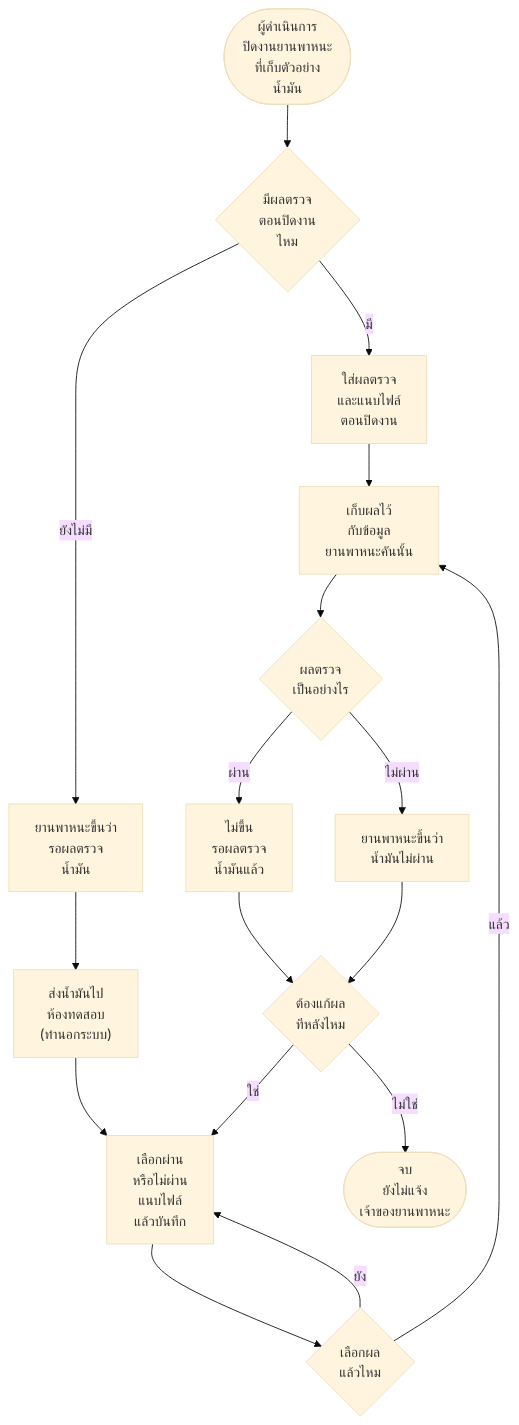
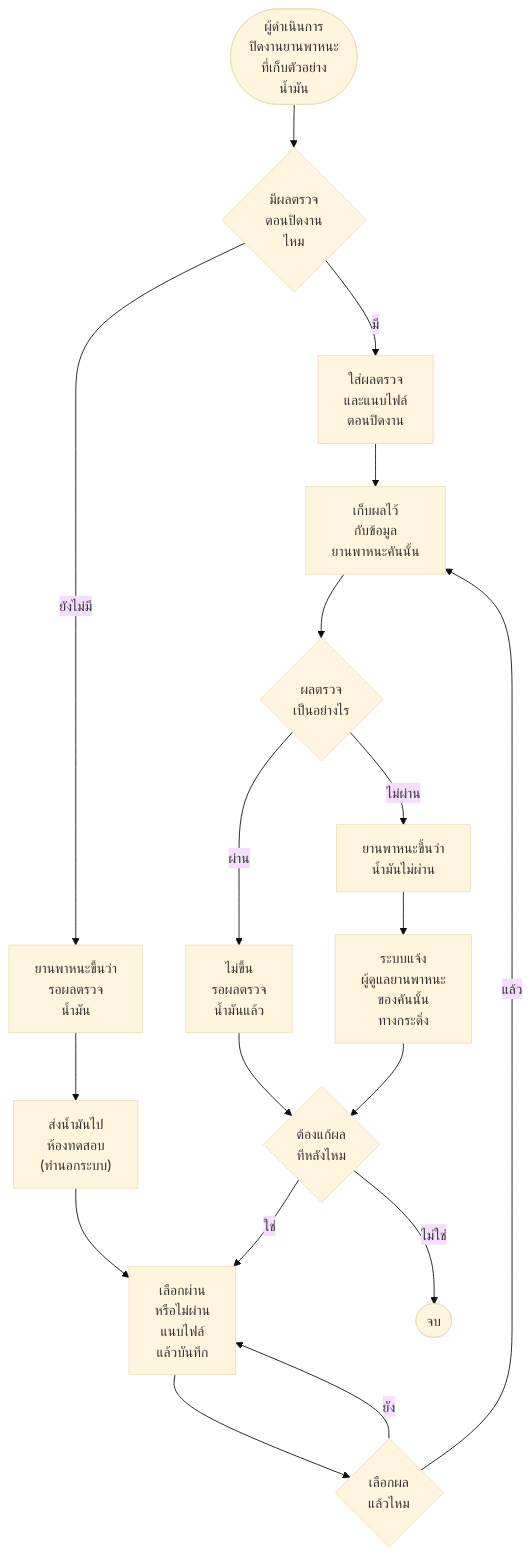
Before and after one commit to anugmail/Maintenance-Request-Form: diagram 14 of 17 in Diagram/01-บำรุงรักษาตามวาระ/27-บำรุงรักษา-flowchart-กิจกรรม.md, drawn with Mermaid (base theme). The commit also changed other lines of this file and 9 other files, not shown here.

````diff
--- a/Diagram/01-บำรุงรักษาตามวาระ/27-บำรุงรักษา-flowchart-กิจกรรม.md
+++ b/Diagram/01-บำรุงรักษาตามวาระ/27-บำรุงรักษา-flowchart-กิจกรรม.md
@@ -313,19 +315,20 @@
 ```mermaid
 flowchart TD
     S(["ผู้ดำเนินการ<br/>ปิดงานยานพาหนะ<br/>ที่เก็บตัวอย่าง<br/>น้ำมัน"]) --> Q1{"มีผลตรวจ<br/>ตอนปิดงาน<br/>ไหม"}
     Q1 -->|มี| A1["ใส่ผลตรวจ<br/>และแนบไฟล์<br/>ตอนปิดงาน"]
     Q1 -->|ยังไม่มี| A2["ยานพาหนะขึ้นว่า<br/>รอผลตรวจ<br/>น้ำมัน"]
     A2 --> A3["ส่งน้ำมันไป<br/>ห้องทดสอบ<br/>(ทำนอกระบบ)"]
     A3 --> A4["เลือกผ่าน<br/>หรือไม่ผ่าน<br/>แนบไฟล์<br/>แล้วบันทึก"]
     A4 --> Q2{"เลือกผล<br/>แล้วไหม"}
     Q2 -->|ยัง| A4
     Q2 -->|แล้ว| A5
     A1 --> A5["เก็บผลไว้<br/>กับข้อมูล<br/>ยานพาหนะคันนั้น"]
     A5 --> Q3{"ผลตรวจ<br/>เป็นอย่างไร"}
     Q3 -->|ผ่าน| A6["ไม่ขึ้น<br/>รอผลตรวจ<br/>น้ำมันแล้ว"]
     Q3 -->|ไม่ผ่าน| A7["ยานพาหนะขึ้นว่า<br/>น้ำมันไม่ผ่าน"]
     A6 --> Q4
-    A7 --> Q4{"ต้องแก้ผล<br/>ทีหลังไหม"}
+    A7 --> A8["ระบบแจ้ง<br/>ผู้ดูแลยานพาหนะ<br/>ของคันนั้น<br/>ทางกระดิ่ง"]
+    A8 --> Q4{"ต้องแก้ผล<br/>ทีหลังไหม"}
     Q4 -->|ใช่| A4
-    Q4 -->|ไม่ใช่| E(["จบ<br/>ยังไม่แจ้ง<br/>เจ้าของยานพาหนะ"])
+    Q4 -->|ไม่ใช่| E(["จบ"])
 ```
````
